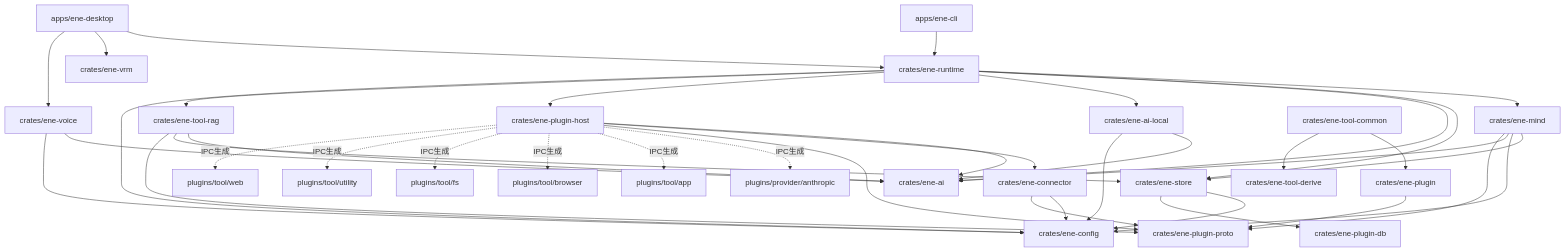
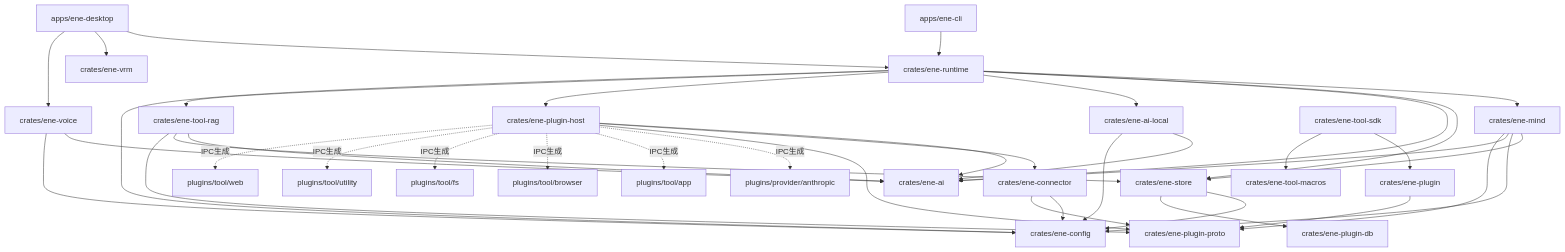
The diagram in docs/ja/architecture.md (pexisgle/ene), drawn with Mermaid before and after one commit. The commit also changed other lines of this file and 67 other files, not shown here.

First line of the commit message:
refactor(tools): update references after ene-tool-sdk/ene-tool-macros rename

````diff
--- a/docs/ja/architecture.md
+++ b/docs/ja/architecture.md
@@ -20,51 +20,51 @@
 ```mermaid
 flowchart TD
   Desktop[apps/ene-desktop] --> Runtime[crates/ene-runtime]
   Desktop --> Vrm[crates/ene-vrm]
   Desktop --> Voice[crates/ene-voice]
   CLI[apps/ene-cli] --> Runtime
 
   Runtime --> Mind[crates/ene-mind]
   Runtime --> Store[crates/ene-store]
   Runtime --> Ai[crates/ene-ai]
   Runtime --> AiLocal[crates/ene-ai-local]
   Runtime --> ToolHost[crates/ene-plugin-host]
   Runtime --> ToolRag[crates/ene-tool-rag]
   Runtime --> Config[crates/ene-config]
 
   Mind --> Store
   Mind --> Config
   Mind --> Ai
   Mind --> Proto[crates/ene-plugin-proto]
 
   ToolHost --> Ai
   ToolHost --> Connector[crates/ene-connector]
   ToolHost --> Proto
 
   Connector --> Config
   Connector --> Proto
 
   AiLocal --> Ai
   AiLocal --> Config
 
   Voice --> Ai
   Voice --> Config
 
   ToolRag --> Ai
   ToolRag --> Store
   ToolRag --> Proto
 
   Store --> Config
   Store --> PluginDb[crates/ene-plugin-db]
 
   Tool[crates/ene-plugin] --> Proto
-  CommonTool[crates/ene-tool-common] --> Tool
-  CommonTool --> Derive[crates/ene-tool-derive]
+  ToolSdk[crates/ene-tool-sdk] --> Tool
+  ToolSdk --> Macros[crates/ene-tool-macros]
 
   ToolHost -.IPC生成.-> Anthropic[plugins/provider/anthropic]
   ToolHost -.IPC生成.-> ToolApp[plugins/tool/app]
   ToolHost -.IPC生成.-> ToolBrowser[plugins/tool/browser]
   ToolHost -.IPC生成.-> ToolFs[plugins/tool/fs]
   ToolHost -.IPC生成.-> ToolUtil[plugins/tool/utility]
   ToolHost -.IPC生成.-> ToolWeb[plugins/tool/web]
 ```
````
